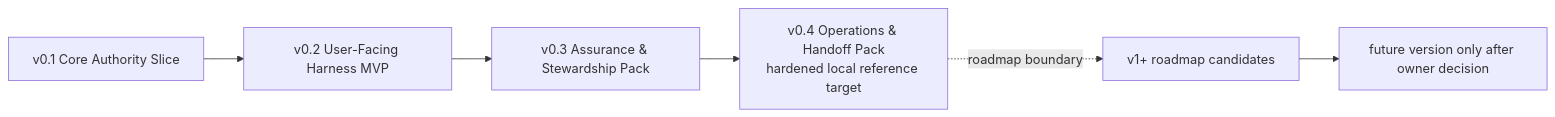
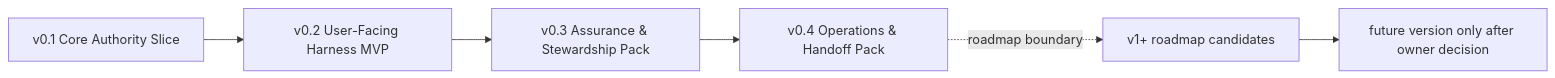
One commit to minjungw00/Harness_Project changed the first of 4 diagrams in docs/en/roadmap.md. Above: the diagram before and after it, drawn with Mermaid. The commit also changed other lines of this file and 28 other files, not shown here.

Commit message:
docs: clarify hardened reference target terminology

````diff
--- a/docs/en/roadmap.md
+++ b/docs/en/roadmap.md
@@ -31,8 +31,8 @@
 ```mermaid
 flowchart LR
   Kernel["v0.1 Core Authority Slice"] --> MVP["v0.2 User-Facing Harness MVP"]
   MVP --> Agency["v0.3 Assurance & Stewardship Pack"]
-  Agency --> Ops["v0.4 Operations & Handoff Pack<br/>hardened local reference target"]
+  Agency --> Ops["v0.4 Operations & Handoff Pack"]
   Ops -. roadmap boundary .-> Later["v1+ roadmap candidates"]
   Later --> Promote["future version only after owner decision"]
 ```
````
